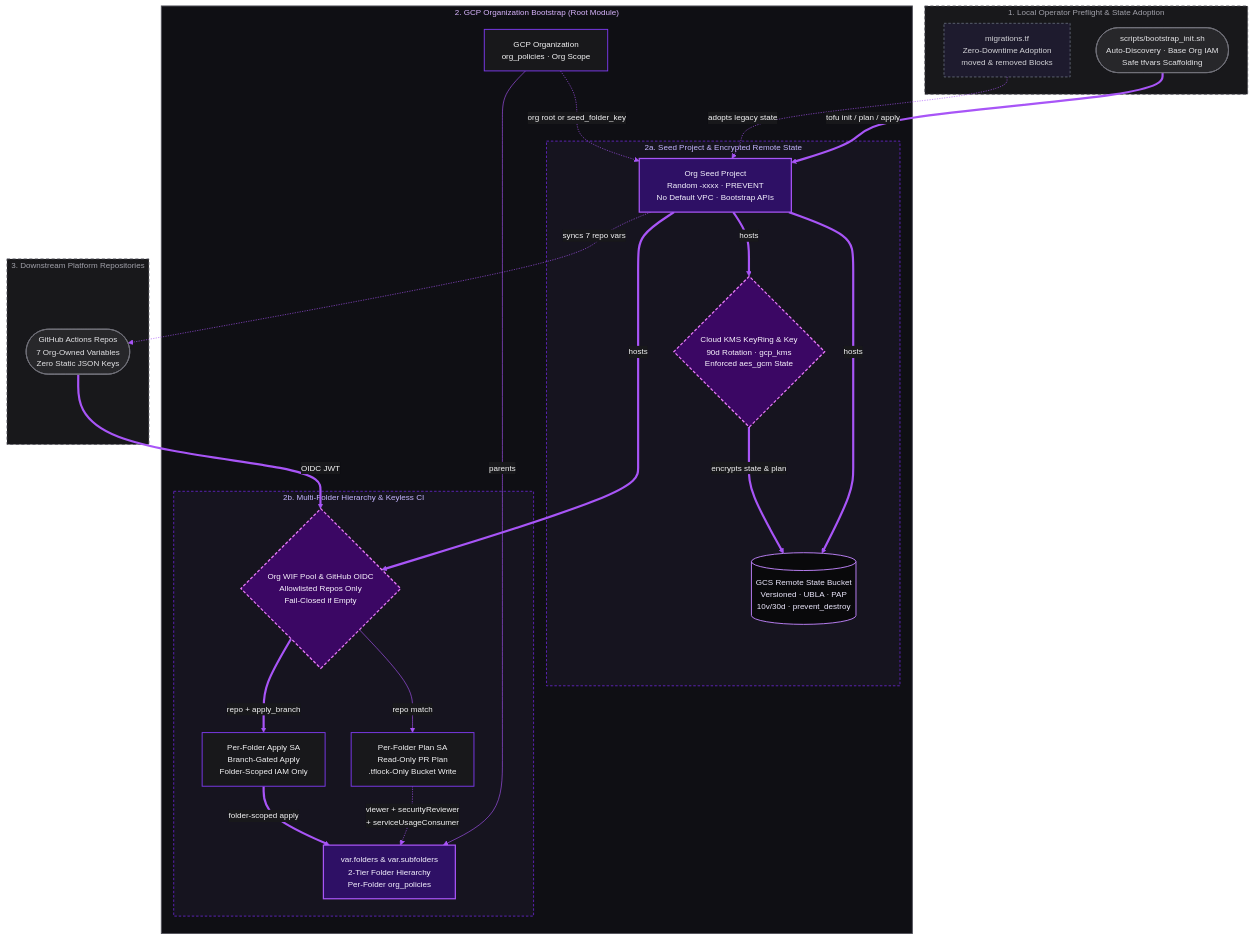
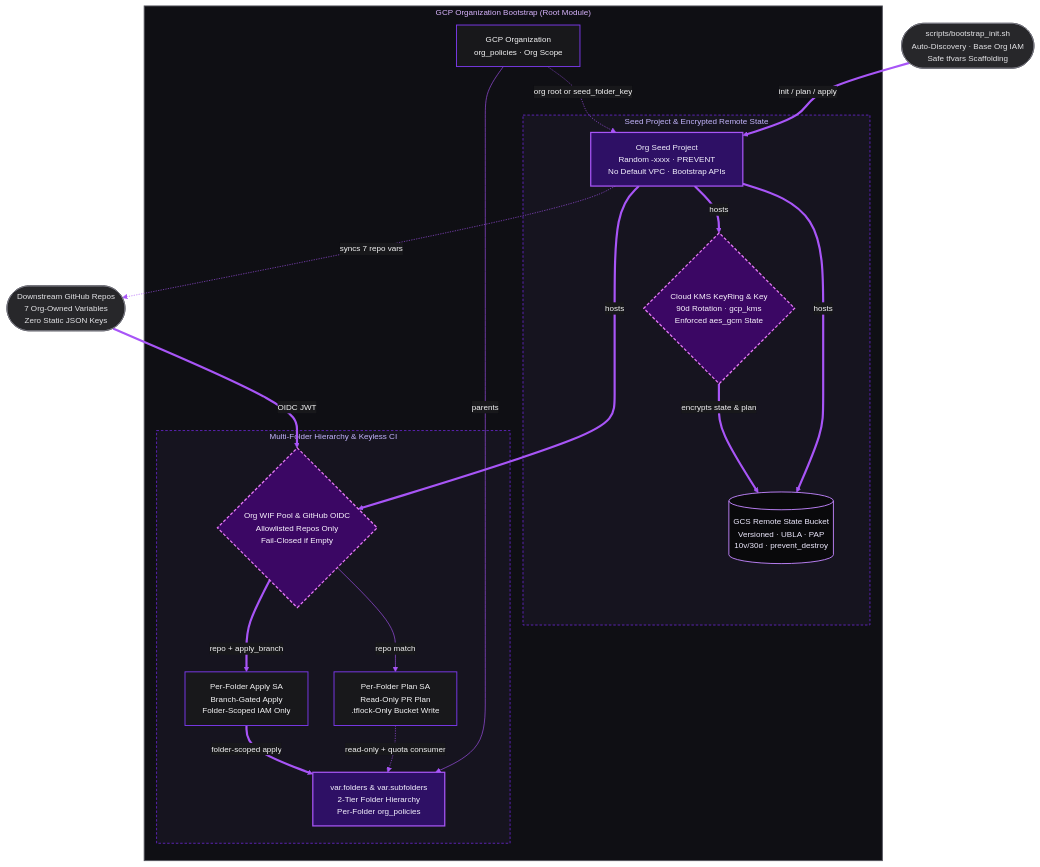
The diagram in specs/01_gcp_org_bootstrap_and_wif.md (x-ruiz/platform_gcp_org_bootstrap), drawn with Mermaid before and after one commit. The commit also changed other lines of this file, not shown here.

Commit message:
docs(specs): tighten Spec 01 to contract altitude and remove migration shim details

````diff
--- a/specs/01_gcp_org_bootstrap_and_wif.md
+++ b/specs/01_gcp_org_bootstrap_and_wif.md
@@ -20,64 +20,54 @@
 ```mermaid
 %%{init: {"theme": "base", "themeCSS": "svg { background-color: #09090B !important; border-radius: 8px; }", "themeVariables": {"darkMode": true, "background": "#09090B", "mainBkg": "#18181B", "textColor": "#F4F4F5", "primaryColor": "#18181B", "primaryTextColor": "#F4F4F5", "primaryBorderColor": "#7C3AED", "lineColor": "#A855F7", "secondaryColor": "#16141F", "tertiaryColor": "#0F0F14", "edgeLabelBackground": "#18181B", "clusterBkg": "#0F0F14", "clusterBorder": "#52525B", "titleColor": "#D8B4FE", "fontFamily": "Inter, ui-sans-serif, system-ui, -apple-system, sans-serif", "fontSize": "13px"}, "flowchart": {"curve": "basis", "nodeSpacing": 42, "rankSpacing": 56, "padding": 14}}}%%
 flowchart TB
-    subgraph PreflightZone["1. Local Operator Preflight & State Adoption"]
-        Preflight(["scripts/bootstrap_init.sh\nAuto-Discovery · Base Org IAM\nSafe tfvars Scaffolding"])
-        Migration["migrations.tf\nZero-Downtime Adoption\nmoved & removed Blocks"]
-    end
+    Preflight(["scripts/bootstrap_init.sh\nAuto-Discovery · Base Org IAM\nSafe tfvars Scaffolding"])
 
-    subgraph OrgZone["2. GCP Organization Bootstrap (Root Module)"]
+    subgraph OrgZone["GCP Organization Bootstrap (Root Module)"]
         OrgRoot["GCP Organization\norg_policies · Org Scope"]
 
-        subgraph SeedZone["2a. Seed Project & Encrypted Remote State"]
+        subgraph SeedZone["Seed Project & Encrypted Remote State"]
             SeedProj["Org Seed Project\nRandom -xxxx · PREVENT\nNo Default VPC · Bootstrap APIs"]
             StateBucket[("GCS Remote State Bucket\nVersioned · UBLA · PAP\n10v/30d · prevent_destroy")]
             KMSKey{"Cloud KMS KeyRing & Key\n90d Rotation · gcp_kms\nEnforced aes_gcm State"}
         end
 
-        subgraph GovZone["2b. Multi-Folder Hierarchy & Keyless CI"]
+        subgraph GovZone["Multi-Folder Hierarchy & Keyless CI"]
             WIFPool{"Org WIF Pool & GitHub OIDC\nAllowlisted Repos Only\nFail-Closed if Empty"}
             Folders["var.folders & var.subfolders\n2-Tier Folder Hierarchy\nPer-Folder org_policies"]
             PlanSA["Per-Folder Plan SA\nRead-Only PR Plan\n.tflock-Only Bucket Write"]
             ApplySA["Per-Folder Apply SA\nBranch-Gated Apply\nFolder-Scoped IAM Only"]
         end
     end
 
-    subgraph Consumers["3. Downstream Platform Repositories"]
-        GHRepo(["GitHub Actions Repos\n7 Org-Owned Variables\nZero Static JSON Keys"])
-    end
+    GHRepo(["Downstream GitHub Repos\n7 Org-Owned Variables\nZero Static JSON Keys"])
 
-    Preflight ==>|"tofu init / plan / apply"| SeedProj
-    Migration -.->|"adopts legacy state"| SeedProj
+    Preflight ==>|"init / plan / apply"| SeedProj
     OrgRoot -->|"parents"| Folders
     OrgRoot -.->|"org root or seed_folder_key"| SeedProj
     SeedProj ==>|"hosts"| StateBucket
     SeedProj ==>|"hosts"| KMSKey
     SeedProj ==>|"hosts"| WIFPool
     KMSKey ==>|"encrypts state & plan"| StateBucket
     GHRepo ==>|"OIDC JWT"| WIFPool
     WIFPool -->|"repo match"| PlanSA
     WIFPool ==>|"repo + apply_branch"| ApplySA
-    PlanSA -.->|"viewer + securityReviewer\n+ serviceUsageConsumer"| Folders
+    PlanSA -.->|"read-only + quota consumer"| Folders
     ApplySA ==>|"folder-scoped apply"| Folders
     SeedProj -.->|"syncs 7 repo vars"| GHRepo
 
     classDef core fill:#2E1065,stroke:#A855F7,stroke-width:2px,color:#F5F3FF
     classDef service fill:#18181B,stroke:#7C3AED,stroke-width:1.5px,color:#F4F4F5
     classDef store fill:#09090B,stroke:#C084FC,stroke-width:1.5px,color:#EDE9FE
     classDef external fill:#27272A,stroke:#71717A,stroke-width:1.5px,color:#E4E4E7
-    classDef async fill:#1E1B2E,stroke:#6B7280,stroke-width:1.25px,stroke-dasharray:4 3,color:#D4D4D8
     classDef guard fill:#3B0764,stroke:#E879F9,stroke-width:2px,stroke-dasharray:5 3,color:#FAF5FF
 
     class SeedProj,Folders core
     class OrgRoot,PlanSA,ApplySA service
     class StateBucket store
     class Preflight,GHRepo external
-    class Migration async
     class KMSKey,WIFPool guard
 
-    style PreflightZone fill:#18181B,stroke:#52525B,stroke-width:1.25px,stroke-dasharray:5 4,color:#A1A1AA
     style OrgZone fill:#0F0F14,stroke:#52525B,stroke-width:1.5px,color:#D8B4FE
     style SeedZone fill:#16141F,stroke:#6D28D9,stroke-width:1.25px,stroke-dasharray:4 3,color:#C4B5FD
     style GovZone fill:#16141F,stroke:#6D28D9,stroke-width:1.25px,stroke-dasharray:4 3,color:#C4B5FD
-    style Consumers fill:#18181B,stroke:#52525B,stroke-width:1.25px,stroke-dasharray:5 4,color:#A1A1AA
 ```
````
